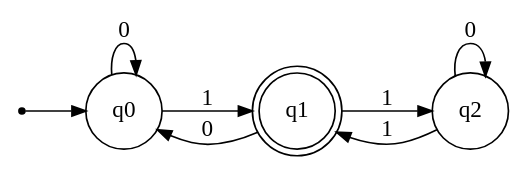
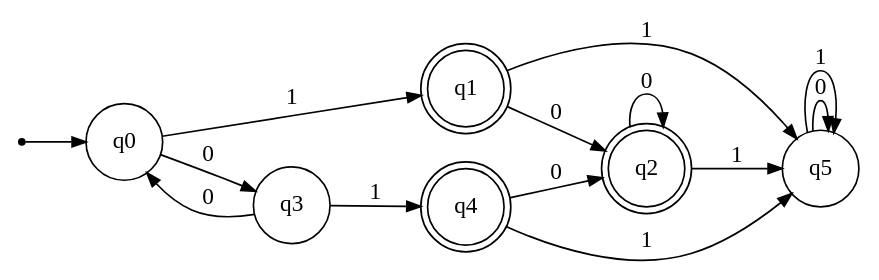
One commit to Computer-Engineering-Projects-IUST/TLA-MidtermProject changed the diagram in TLA01-Projects/Digraph.gv. Above: the diagram before and after it, drawn with Graphviz. The commit also changed 9 other files, not shown here.

```diff
--- a/TLA01-Projects/Digraph.gv
+++ b/TLA01-Projects/Digraph.gv
@@ -1,15 +1,24 @@
 digraph {
 	ranksep=0.5 size="(8, 8)"
 	rankdir=LR
 	Initial [label="" fontsize=14.0 shape=point]
 	q0 [fontsize=14.0 shape=circle]
 	q1 [fontsize=14.0 shape=doublecircle]
-	q2 [fontsize=14.0 shape=circle]
+	q2 [fontsize=14.0 shape=doublecircle]
+	q3 [fontsize=14.0 shape=circle]
+	q4 [fontsize=14.0 shape=doublecircle]
+	q5 [fontsize=14.0 shape=circle]
 	Initial -> q0 [arrowsize=0.85]
-	q0 -> q0 [label=" 0 " arrowsize=0.85 fontsize=14.0]
+	q0 -> q3 [label=" 0 " arrowsize=0.85 fontsize=14.0]
 	q0 -> q1 [label=" 1 " arrowsize=0.85 fontsize=14.0]
-	q1 -> q0 [label=" 0 " arrowsize=0.85 fontsize=14.0]
-	q1 -> q2 [label=" 1 " arrowsize=0.85 fontsize=14.0]
+	q1 -> q2 [label=" 0 " arrowsize=0.85 fontsize=14.0]
+	q1 -> q5 [label=" 1 " arrowsize=0.85 fontsize=14.0]
 	q2 -> q2 [label=" 0 " arrowsize=0.85 fontsize=14.0]
-	q2 -> q1 [label=" 1 " arrowsize=0.85 fontsize=14.0]
+	q2 -> q5 [label=" 1 " arrowsize=0.85 fontsize=14.0]
+	q3 -> q0 [label=" 0 " arrowsize=0.85 fontsize=14.0]
+	q3 -> q4 [label=" 1 " arrowsize=0.85 fontsize=14.0]
+	q4 -> q2 [label=" 0 " arrowsize=0.85 fontsize=14.0]
+	q4 -> q5 [label=" 1 " arrowsize=0.85 fontsize=14.0]
+	q5 -> q5 [label=" 0 " arrowsize=0.85 fontsize=14.0]
+	q5 -> q5 [label=" 1 " arrowsize=0.85 fontsize=14.0]
 }
```
